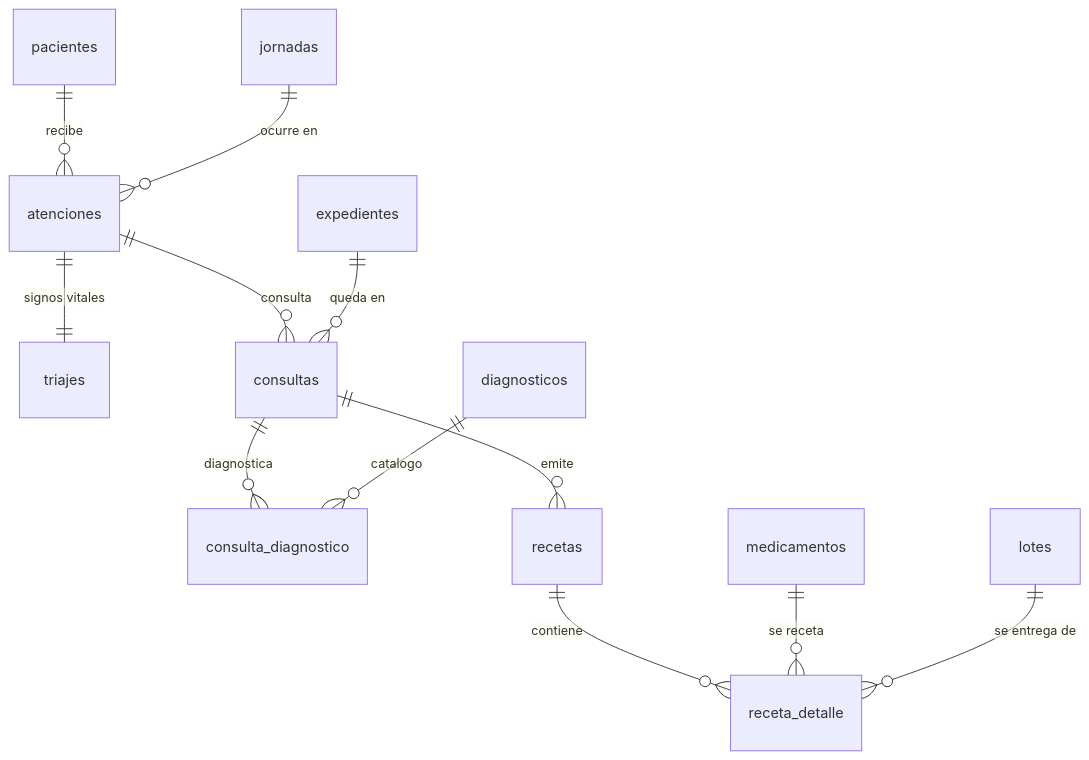
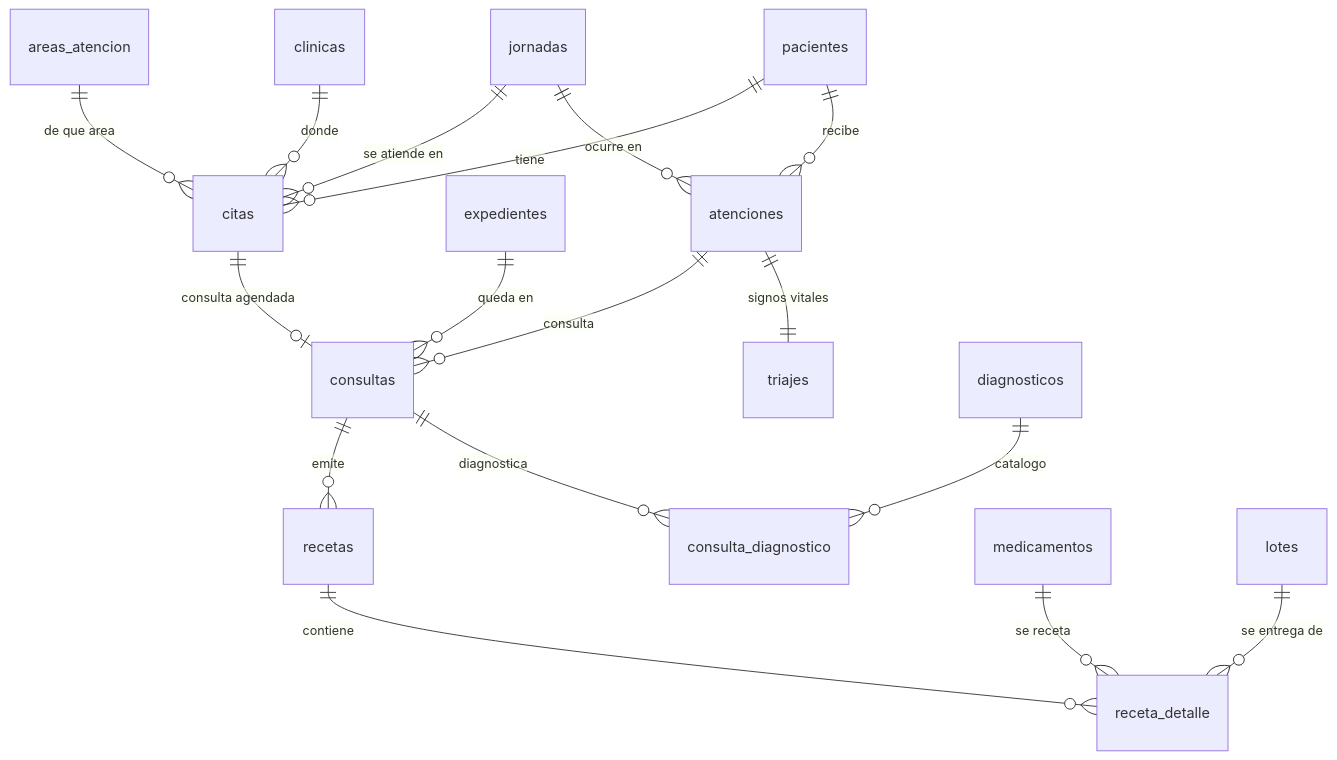
The fourth of 6 diagrams in docs/MODELO-DE-DATOS.md (URL-ECOPAC/Ecopac-Digital), drawn with Mermaid before and after one commit. The commit also changed other lines of this file, not shown here.

````diff
--- a/docs/MODELO-DE-DATOS.md
+++ b/docs/MODELO-DE-DATOS.md
@@ -390,14 +442,19 @@
 ```mermaid
 erDiagram
     pacientes ||--o{ atenciones : recibe
     jornadas ||--o{ atenciones : "ocurre en"
     atenciones ||--|| triajes : "signos vitales"
     atenciones ||--o{ consultas : consulta
     expedientes ||--o{ consultas : "queda en"
     consultas ||--o{ consulta_diagnostico : diagnostica
     diagnosticos ||--o{ consulta_diagnostico : "catalogo"
     consultas ||--o{ recetas : emite
     recetas ||--o{ receta_detalle : contiene
     medicamentos ||--o{ receta_detalle : "se receta"
     lotes ||--o{ receta_detalle : "se entrega de"
+    pacientes ||--o{ citas : "tiene"
+    jornadas ||--o{ citas : "se atiende en"
+    clinicas ||--o{ citas : "donde"
+    areas_atencion ||--o{ citas : "de que area"
+    citas ||--o| consultas : "consulta agendada"
 ```
````
